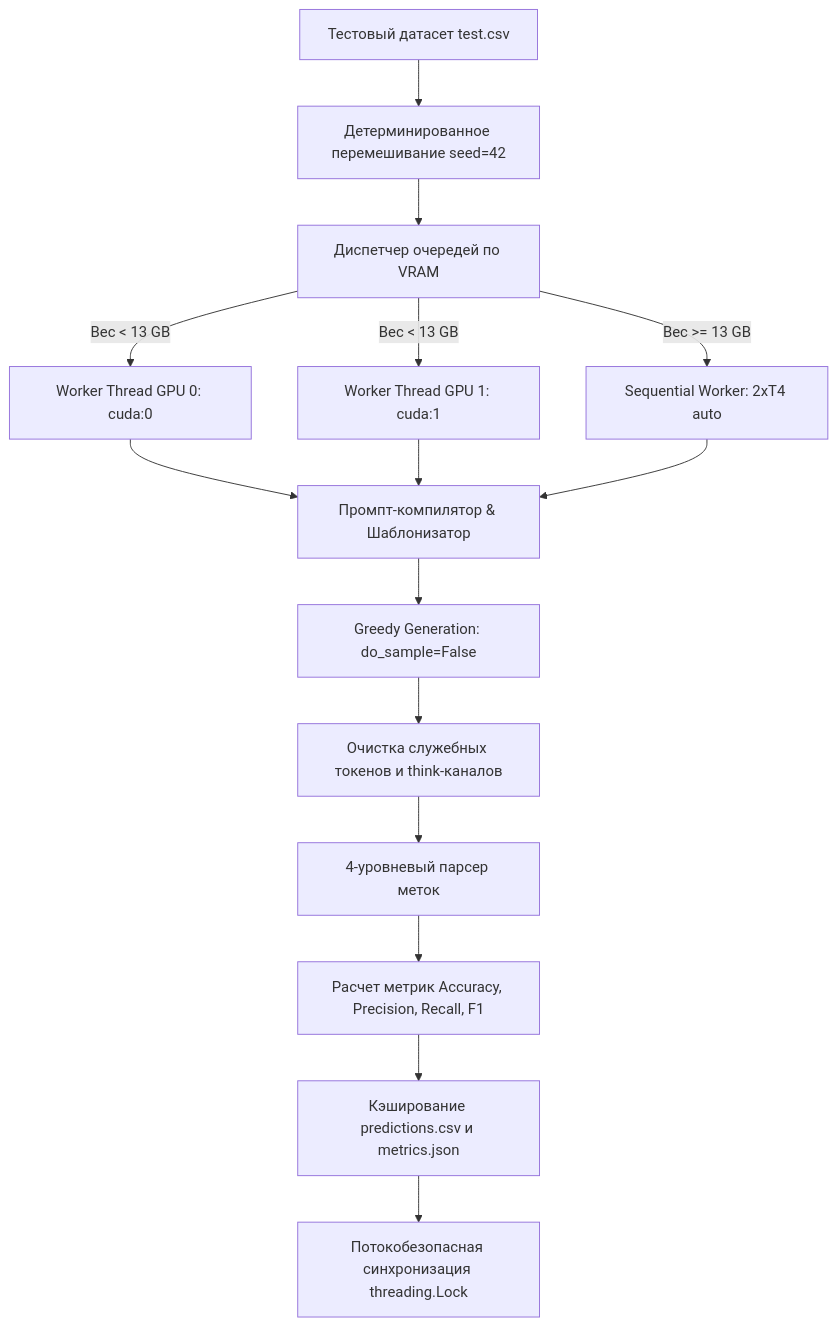
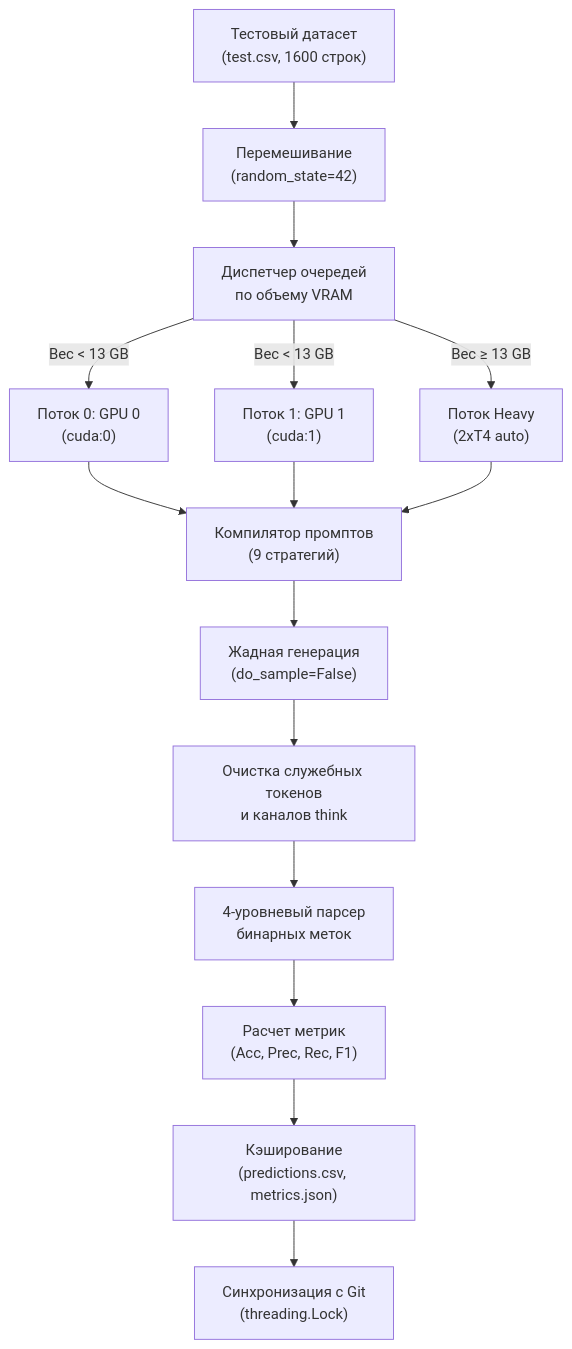
One commit to kvdep/Testing-local-LLMS-on-classification-tasks changed the diagram in README.md. Above: the diagram before and after it, drawn with Mermaid. The commit also changed other lines of this file and 8 other files, not shown here.

Commit message:
fix: resolve latex rendering, fix mermaid clipping, update plots styling

````diff
--- a/README.md
+++ b/README.md
@@ -194,21 +196,21 @@
 ```mermaid
 flowchart TD
-    Data[Тестовый датасет test.csv] --> Shuffler[Детерминированное перемешивание seed=42]
-    Shuffler --> QueueManager[Диспетчер очередей по VRAM]
+    Data["Тестовый датасет<br/>(test.csv, 1600 строк)"] --> Shuffler["Перемешивание<br/>(random_state=42)"]
+    Shuffler --> QueueManager["Диспетчер очередей<br/>по объему VRAM"]
     
-    QueueManager -->|Вес < 13 GB| GPU0[Worker Thread GPU 0: cuda:0]
-    QueueManager -->|Вес < 13 GB| GPU1[Worker Thread GPU 1: cuda:1]
-    QueueManager -->|Вес >= 13 GB| Heavy[Sequential Worker: 2xT4 auto]
+    QueueManager -->|"Вес &lt; 13 GB"| GPU0["Поток 0: GPU 0<br/>(cuda:0)"]
+    QueueManager -->|"Вес &lt; 13 GB"| GPU1["Поток 1: GPU 1<br/>(cuda:1)"]
+    QueueManager -->|"Вес &ge; 13 GB"| Heavy["Поток Heavy<br/>(2xT4 auto)"]
     
-    GPU0 --> PromptEngine[Промпт-компилятор & Шаблонизатор]
+    GPU0 --> PromptEngine["Компилятор промптов<br/>(9 стратегий)"]
     GPU1 --> PromptEngine
     Heavy --> PromptEngine
     
-    PromptEngine --> Generation[Greedy Generation: do_sample=False]
-    Generation --> CleanEngine[Очистка служебных токенов и think-каналов]
-    CleanEngine --> Parser[4-уровневый парсер меток]
-    Parser --> MetricsEngine[Расчет метрик Accuracy, Precision, Recall, F1]
+    PromptEngine --> Generation["Жадная генерация<br/>(do_sample=False)"]
+    Generation --> CleanEngine["Очистка служебных токенов<br/>и каналов think"]
+    CleanEngine --> Parser["4-уровневый парсер<br/>бинарных меток"]
+    Parser --> MetricsEngine["Расчет метрик<br/>(Acc, Prec, Rec, F1)"]
     
-    MetricsEngine --> Cache[Кэширование predictions.csv и metrics.json]
-    Cache --> GitSync[Потокобезопасная синхронизация threading.Lock]
+    MetricsEngine --> Cache["Кэширование<br/>(predictions.csv, metrics.json)"]
+    Cache --> GitSync["Синхронизация с Git<br/>(threading.Lock)"]
 ```
````
